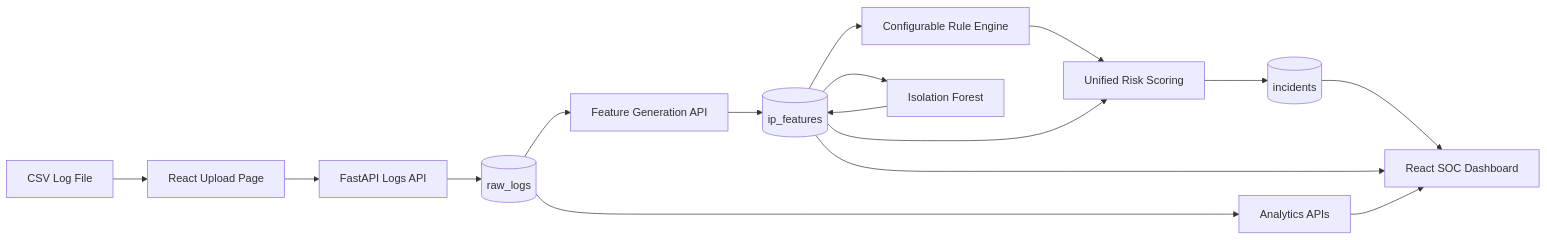
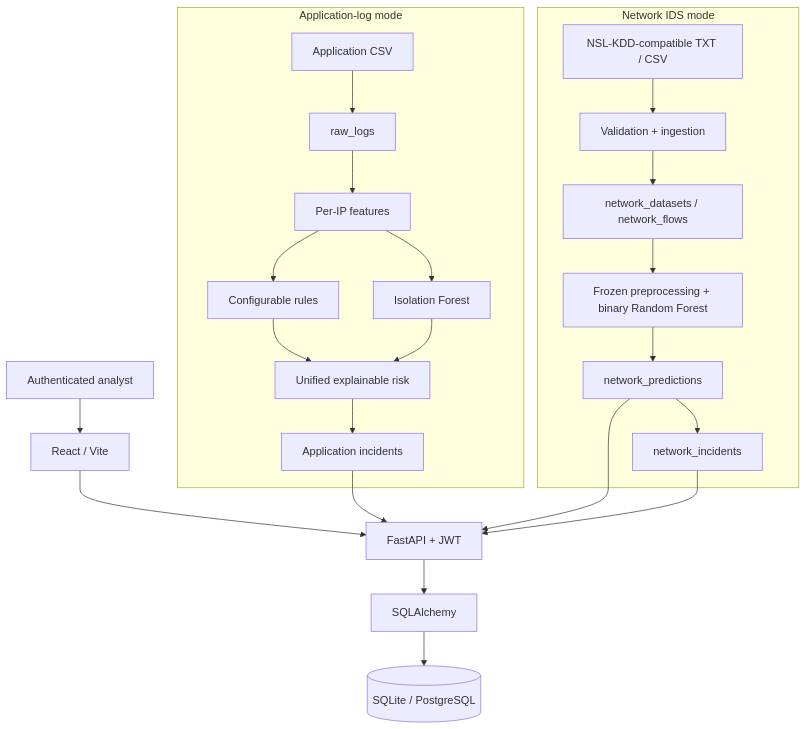
The diagram in README.md (nandini-neelesh/athes-sentinel), drawn with Mermaid before and after one commit. The commit also changed other lines of this file and 4 other files, not shown here.

````diff
--- a/README.md
+++ b/README.md
@@ -68,22 +60,29 @@
 ```mermaid
-flowchart LR
-    CSV["CSV Log File"] --> Upload["React Upload Page"]
-    Upload --> LogsAPI["FastAPI Logs API"]
-    LogsAPI --> RawLogs[("raw_logs")]
+flowchart TB
+    Analyst["Authenticated analyst"] --> React["React / Vite"]
+    React --> FastAPI["FastAPI + JWT"]
+    FastAPI --> SQLA["SQLAlchemy"]
+    SQLA --> Database[("SQLite / PostgreSQL")]
 
-    RawLogs --> FeaturesAPI["Feature Generation API"]
-    FeaturesAPI --> IPFeatures[("ip_features")]
+    subgraph ApplicationLogs["Application-log mode"]
+        AppCSV["Application CSV"] --> Raw["raw_logs"]
+        Raw --> Features["Per-IP features"]
+        Features --> Rules["Configurable rules"]
+        Features --> IF["Isolation Forest"]
+        Rules --> AppRisk["Unified explainable risk"]
+        IF --> AppRisk
+        AppRisk --> AppIncidents["Application incidents"]
+    end
 
-    IPFeatures --> Rules["Configurable Rule Engine"]
-    IPFeatures --> ML["Isolation Forest"]
-    ML --> IPFeatures
+    subgraph NetworkIDS["Network IDS mode"]
+        NSL["NSL-KDD-compatible TXT / CSV"] --> Validation["Validation + ingestion"]
+        Validation --> Flows["network_datasets / network_flows"]
+        Flows --> RF["Frozen preprocessing + binary Random Forest"]
+        RF --> Predictions["network_predictions"]
+        Predictions --> NetIncidents["network_incidents"]
+    end
 
-    Rules --> Risk["Unified Risk Scoring"]
-    IPFeatures --> Risk
-    Risk --> Incidents[("incidents")]
-
-    Incidents --> Dashboard["React SOC Dashboard"]
-    IPFeatures --> Dashboard
-    RawLogs --> Analytics["Analytics APIs"]
-    Analytics --> Dashboard
+    AppIncidents --> FastAPI
+    Predictions --> FastAPI
+    NetIncidents --> FastAPI
 ```
````
